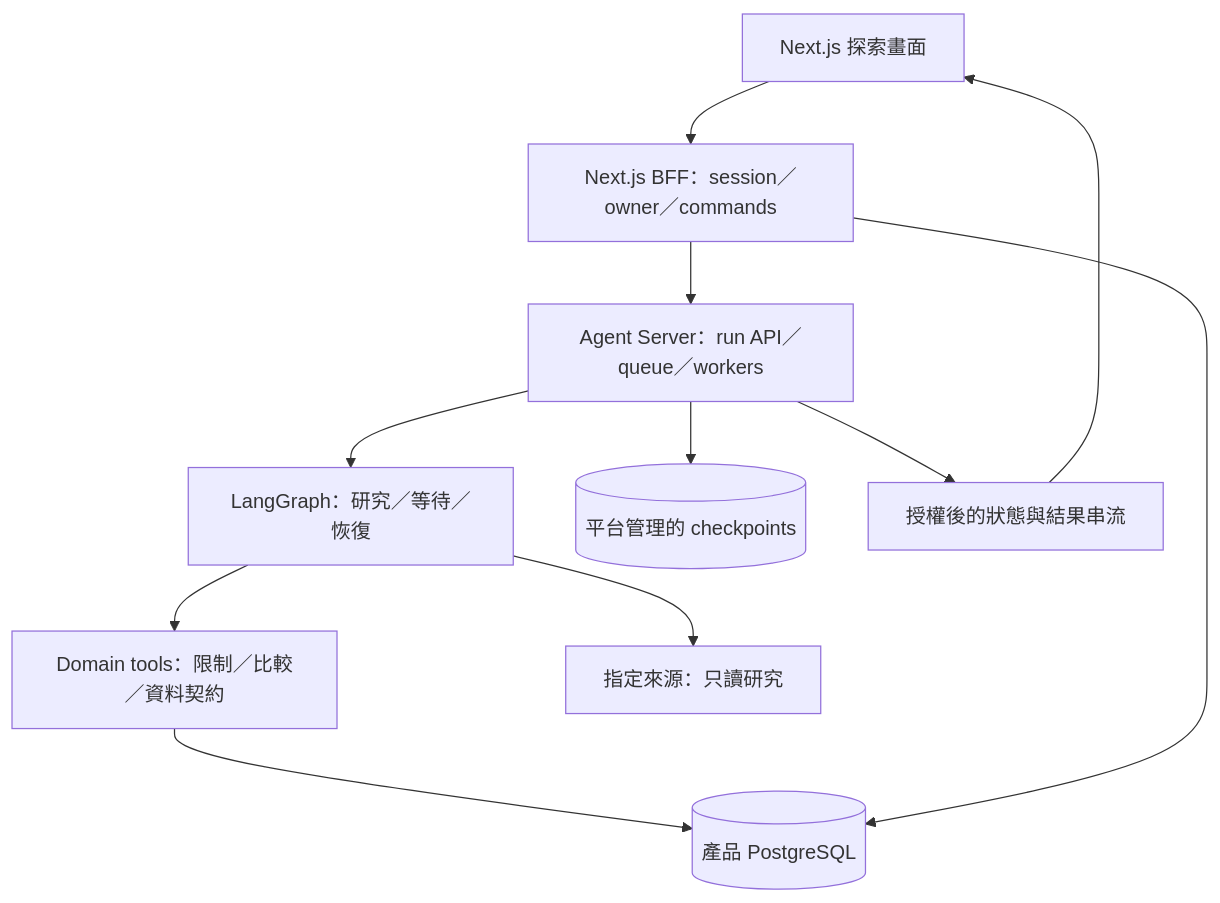
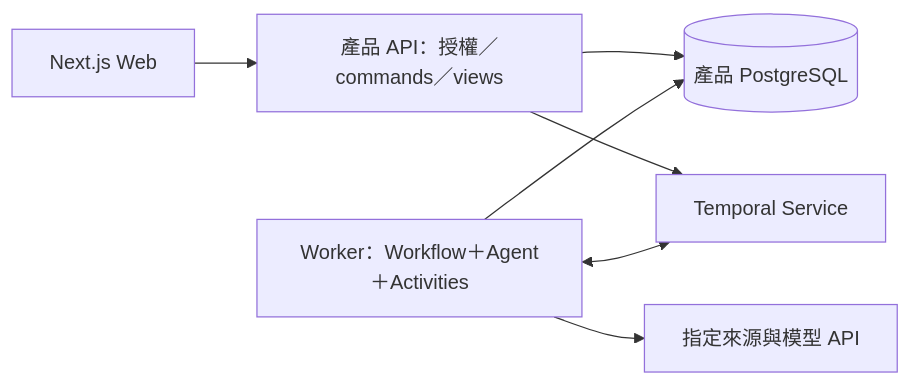
One commit to Will413028/whisky-discovery-agent changed the diagram in ARCHITECTURE.md. Above: the diagram before and after it, drawn with Mermaid. The commit also changed other lines of this file and 3 other files, not shown here.

Commit message:
docs: adopt Temporal workflow ownership for whisky research

````diff
--- a/ARCHITECTURE.md
+++ b/ARCHITECTURE.md
@@ -66,13 +58,9 @@
 ```mermaid
-flowchart TD
-  UI[Next.js 探索畫面] --> BFF[Next.js BFF：session／owner／commands]
-  BFF --> RT[Agent Server：run API／queue／workers]
-  RT --> GRAPH[LangGraph：研究／等待／恢復]
-  GRAPH --> CORE[Domain tools：限制／比較／資料契約]
-  CORE --> DB[(產品 PostgreSQL)]
-  BFF --> DB
-  GRAPH --> SOURCES[指定來源：只讀研究]
-  RT --> CP[(平台管理的 checkpoints)]
-  RT --> STREAM[授權後的狀態與結果串流]
-  STREAM --> UI
+flowchart LR
+  UI[Next.js Web] --> API[產品 API：授權／commands／views]
+  API --> DB[(產品 PostgreSQL)]
+  API --> T[Temporal Service]
+  W[Worker：Workflow＋Agent＋Activities] <--> T
+  W --> DB
+  W --> S[指定來源與模型 API]
 ```
````
